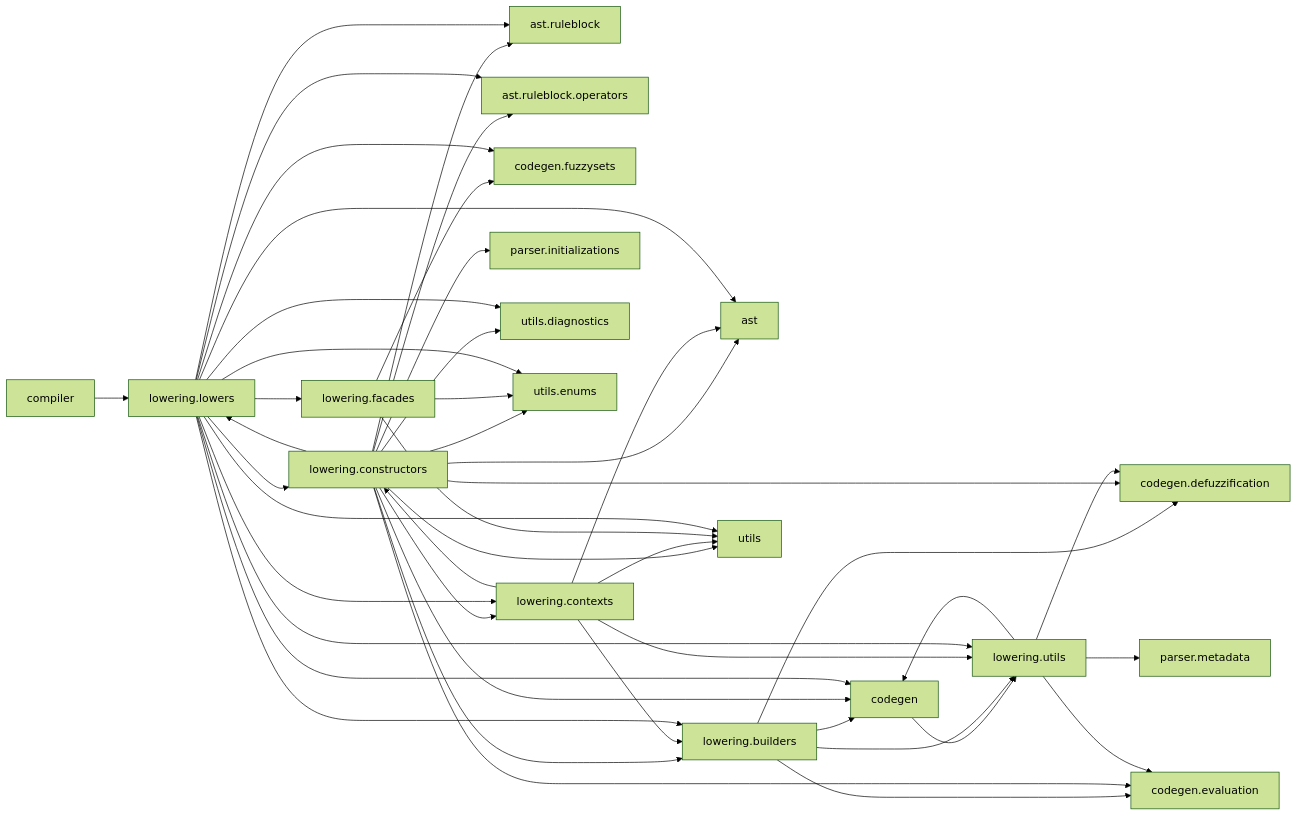
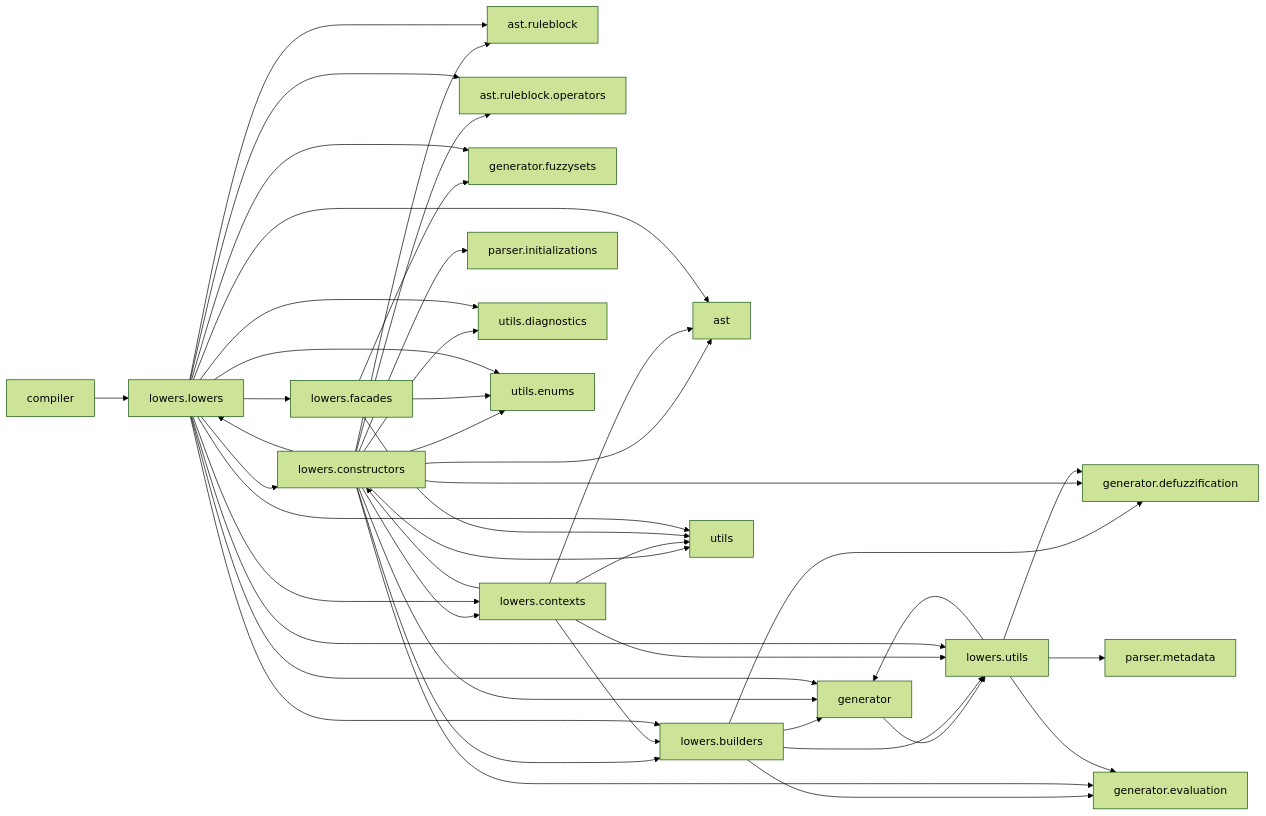
Before and after one commit to PascalUser/FLC-IEC61131-7: the first of 3 diagrams in doc/modules/lowering.md, drawn with Mermaid (forest theme). The commit also changed other lines of this file and 537 other files, not shown here.

````diff
--- a/doc/modules/lowering.md
+++ b/doc/modules/lowering.md
@@ -25,66 +25,66 @@
 ```mermaid
 flowchart LR
     ast["ast"]
     ast_ruleblock["ast.ruleblock"]
     ast_ruleblock_operators["ast.ruleblock.operators"]
-    codegen["codegen"]
-    codegen_defuzzification["codegen.defuzzification"]
-    codegen_evaluation["codegen.evaluation"]
-    codegen_fuzzysets["codegen.fuzzysets"]
+    generator["generator"]
+    codegen_defuzzification["generator.defuzzification"]
+    codegen_evaluation["generator.evaluation"]
+    codegen_fuzzysets["generator.fuzzysets"]
     compiler["compiler"]
-    lowering_builders["lowering.builders"]
-    lowering_constructors["lowering.constructors"]
-    lowering_contexts["lowering.contexts"]
-    lowering_facades["lowering.facades"]
-    lowering_lowers["lowering.lowers"]
-    lowering_utils["lowering.utils"]
+    lowering_builders["lowers.builders"]
+    lowering_constructors["lowers.constructors"]
+    lowering_contexts["lowers.contexts"]
+    lowering_facades["lowers.facades"]
+    lowering_lowers["lowers.lowers"]
+    lowering_utils["lowers.utils"]
     parser_initializations["parser.initializations"]
     parser_metadata["parser.metadata"]
     utils["utils"]
     utils_diagnostics["utils.diagnostics"]
     utils_enums["utils.enums"]
-    codegen --> lowering_utils
+    generator --> lowering_utils
     compiler --> lowering_lowers
-    lowering_builders --> codegen
+    lowering_builders --> generator
     lowering_builders --> codegen_defuzzification
     lowering_builders --> codegen_evaluation
     lowering_builders --> lowering_utils
     lowering_constructors --> ast
     lowering_constructors --> ast_ruleblock
     lowering_constructors --> ast_ruleblock_operators
-    lowering_constructors --> codegen
+    lowering_constructors --> generator
     lowering_constructors --> codegen_defuzzification
     lowering_constructors --> codegen_evaluation
     lowering_constructors --> lowering_builders
     lowering_constructors --> lowering_contexts
     lowering_constructors --> lowering_lowers
     lowering_constructors --> parser_initializations
     lowering_constructors --> utils
     lowering_constructors --> utils_diagnostics
     lowering_constructors --> utils_enums
     lowering_contexts --> ast
     lowering_contexts --> lowering_builders
     lowering_contexts --> lowering_constructors
     lowering_contexts --> lowering_utils
     lowering_contexts --> utils
     lowering_facades --> codegen_fuzzysets
     lowering_facades --> utils
     lowering_facades --> utils_enums
     lowering_lowers --> ast
     lowering_lowers --> ast_ruleblock
     lowering_lowers --> ast_ruleblock_operators
-    lowering_lowers --> codegen
+    lowering_lowers --> generator
     lowering_lowers --> codegen_fuzzysets
     lowering_lowers --> lowering_builders
     lowering_lowers --> lowering_constructors
     lowering_lowers --> lowering_contexts
     lowering_lowers --> lowering_facades
     lowering_lowers --> lowering_utils
     lowering_lowers --> utils
     lowering_lowers --> utils_diagnostics
     lowering_lowers --> utils_enums
-    lowering_utils --> codegen
+    lowering_utils --> generator
     lowering_utils --> codegen_defuzzification
     lowering_utils --> codegen_evaluation
     lowering_utils --> parser_metadata
 ```
````
